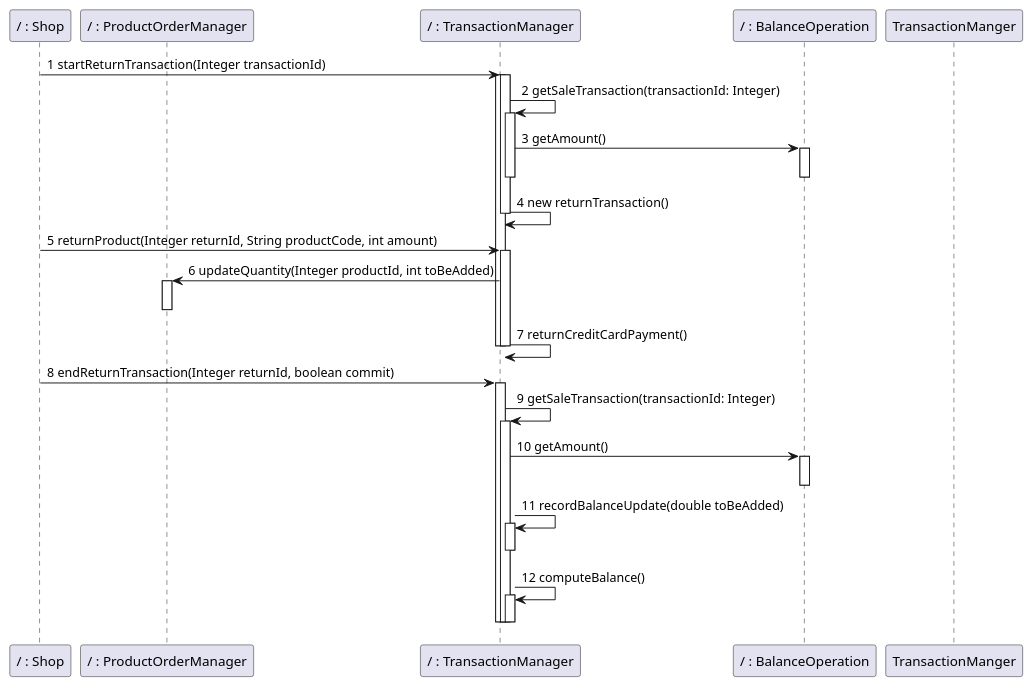
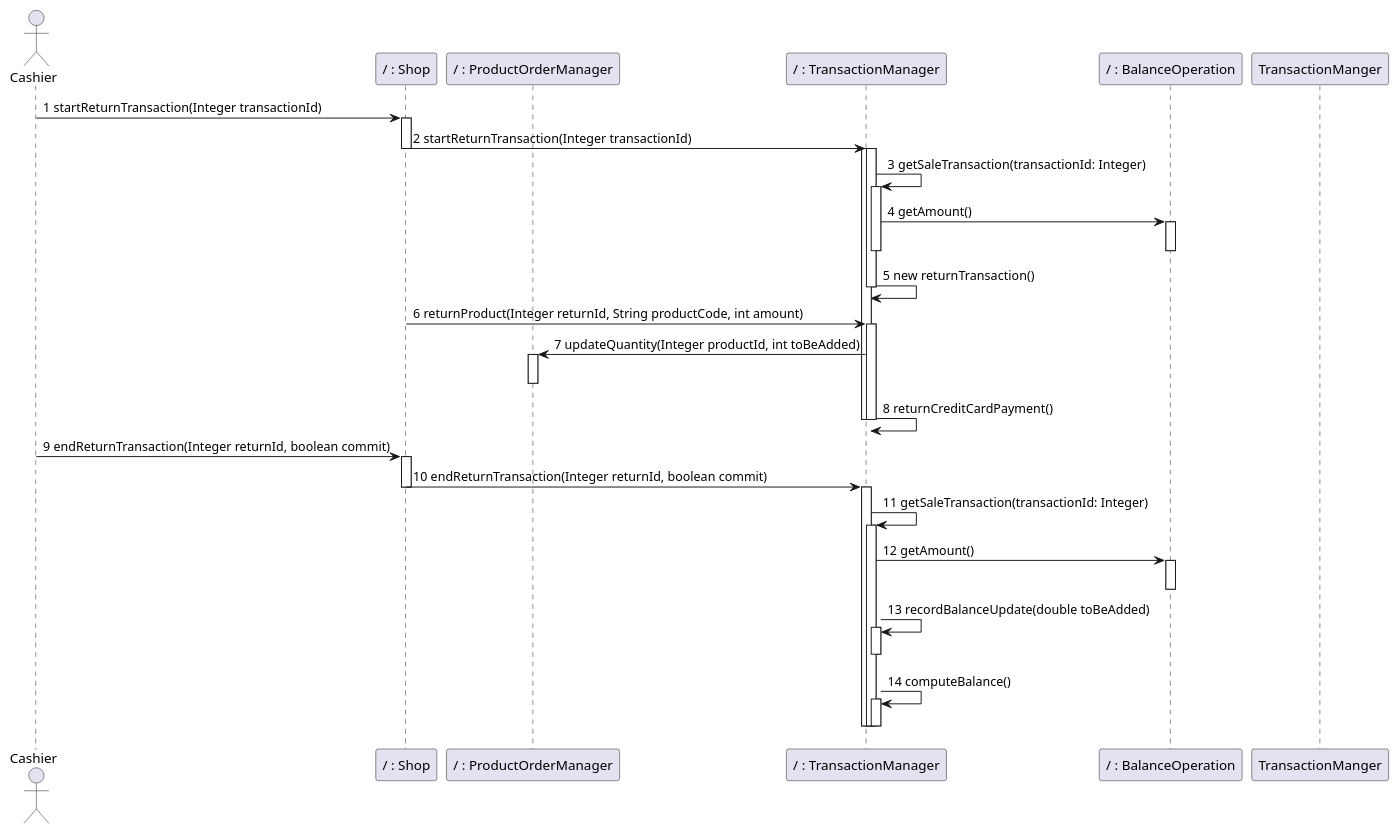
Before and after one commit to nicolabattaglino/ezshop: diagram 28 of 32 in Deliverables/DesignDocument.md, drawn with PlantUML. The commit also changed other lines of this file, not shown here.

Commit message:
added cashier

````diff
--- a/Deliverables/DesignDocument.md
+++ b/Deliverables/DesignDocument.md
@@ -1336,46 +1354,52 @@
 ```plantuml
 @startuml
-
+actor Cashier
 participant "/ : Shop" as Shop
 participant "/ : ProductOrderManager" as ProductOrderManager
 participant "/ : TransactionManager" as TransactionManager
 participant "/ : BalanceOperation" as BalanceOperation
-Shop -> TransactionManager:1 startReturnTransaction(Integer transactionId)
+Cashier -> Shop :1 startReturnTransaction(Integer transactionId)
+activate Shop
+Shop -> TransactionManager:2 startReturnTransaction(Integer transactionId)
+Deactivate Shop
 activate TransactionManager
 activate TransactionManager
-TransactionManager -> TransactionManager:2 getSaleTransaction(transactionId: Integer)
+TransactionManager -> TransactionManager:3 getSaleTransaction(transactionId: Integer)
 activate TransactionManager
-TransactionManager -> BalanceOperation :3 getAmount()
+TransactionManager -> BalanceOperation :4 getAmount()
 activate BalanceOperation
 deactivate BalanceOperation
 deactivate TransactionManager
-TransactionManager -> TransactionManager:4 new returnTransaction()
+TransactionManager -> TransactionManager:5 new returnTransaction()
 deactivate TransactionManager
-Shop -> TransactionManager:5 returnProduct(Integer returnId, String productCode, int amount)
+Shop -> TransactionManager:6 returnProduct(Integer returnId, String productCode, int amount)
 activate TransactionManager
-TransactionManager -> ProductOrderManager:6 updateQuantity(Integer productId, int toBeAdded)
+TransactionManager -> ProductOrderManager:7 updateQuantity(Integer productId, int toBeAdded)
 activate ProductOrderManager
 deactivate ProductOrderManager
-TransactionManager -> TransactionManager:7 returnCreditCardPayment()
+TransactionManager -> TransactionManager:8 returnCreditCardPayment()
 deactivate TransactionManager 
 deactivate TransactionManager 
-Shop -> TransactionManager:8 endReturnTransaction(Integer returnId, boolean commit)
+Cashier -> Shop :9 endReturnTransaction(Integer returnId, boolean commit)
+activate Shop
+Shop -> TransactionManager:10 endReturnTransaction(Integer returnId, boolean commit)
+deactivate Shop
 activate TransactionManager
-TransactionManager -> TransactionManager:9 getSaleTransaction(transactionId: Integer)
+TransactionManager -> TransactionManager:11 getSaleTransaction(transactionId: Integer)
 activate TransactionManager
-TransactionManager -> BalanceOperation :10 getAmount()
+TransactionManager -> BalanceOperation :12 getAmount()
 activate BalanceOperation
 deactivate BalanceOperation
 deactivate TransactionManger 
 deactivate TransactionManger 
-TransactionManager -> TransactionManager:11 recordBalanceUpdate(double toBeAdded)
+TransactionManager -> TransactionManager:13 recordBalanceUpdate(double toBeAdded)
 activate TransactionManager 
 deactivate TransactionManager 
-TransactionManager -> TransactionManager:12 computeBalance()
+TransactionManager -> TransactionManager:14 computeBalance()
 activate TransactionManager
 deactivate TransactionManager
 deactivate TransactionManager
 deactivate TransactionManager 
 
 @enduml
 ```
````
